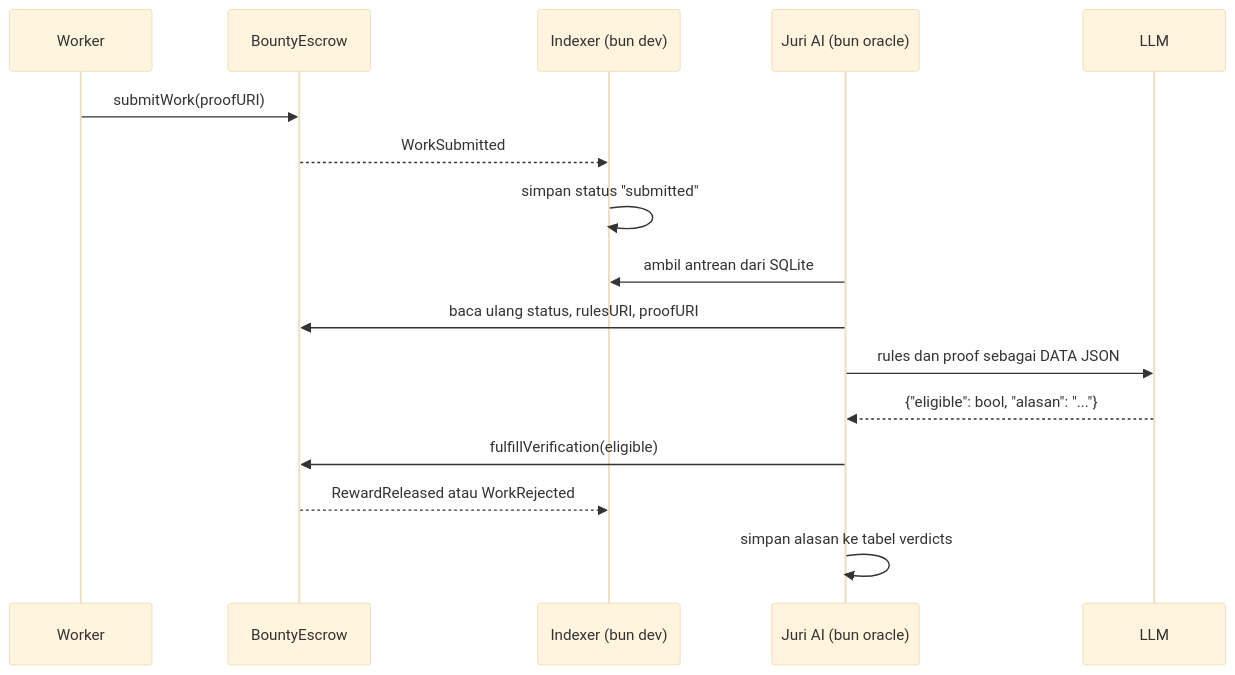
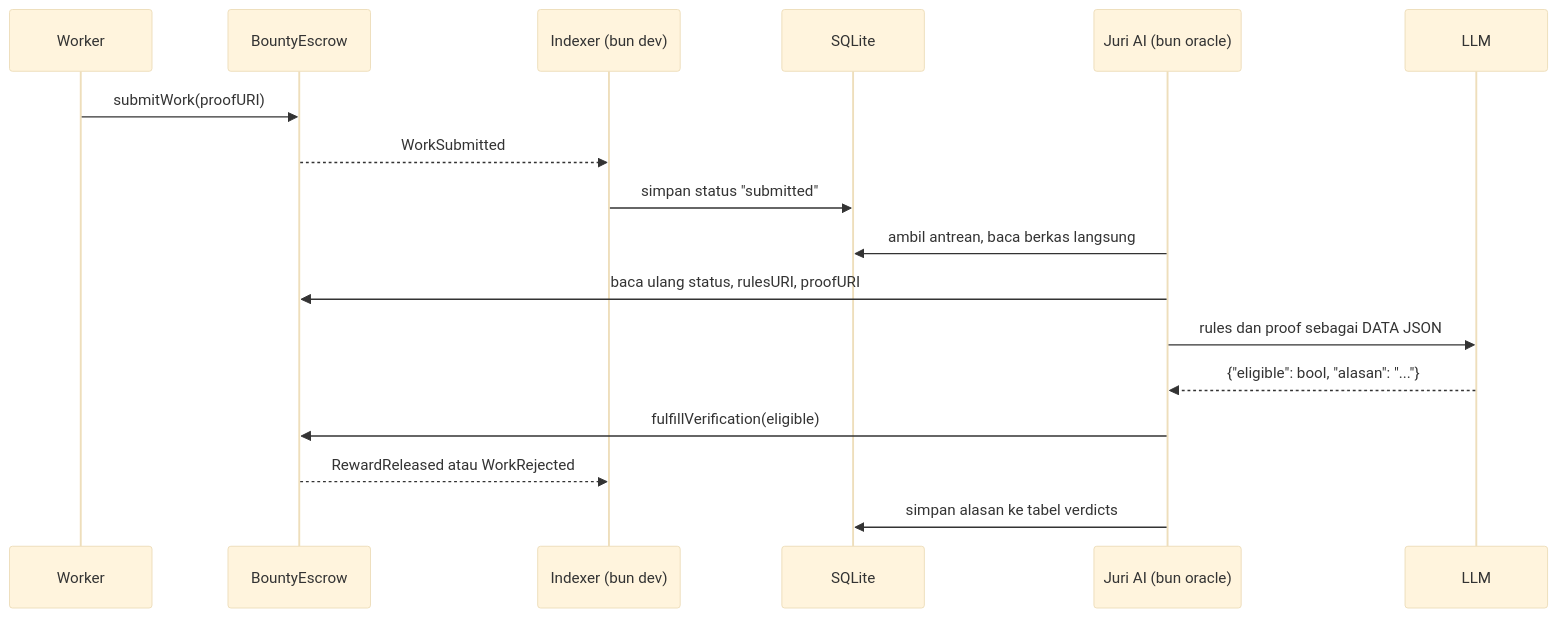
Before and after one commit to GifariKemal/reward-token: the second of 2 diagrams in README.md, drawn with Mermaid (base theme). The commit also changed other lines of this file and 11 other files, not shown here.

````diff
--- a/README.md
+++ b/README.md
@@ -166,19 +173,20 @@
 ```mermaid
 sequenceDiagram
     participant W as Worker
     participant E as BountyEscrow
     participant I as Indexer (bun dev)
+    participant D as SQLite
     participant J as Juri AI (bun oracle)
     participant L as LLM
 
     W->>E: submitWork(proofURI)
     E-->>I: WorkSubmitted
-    I->>I: simpan status "submitted"
-    J->>I: ambil antrean dari SQLite
+    I->>D: simpan status "submitted"
+    J->>D: ambil antrean, baca berkas langsung
     J->>E: baca ulang status, rulesURI, proofURI
     J->>L: rules dan proof sebagai DATA JSON
     L-->>J: {"eligible": bool, "alasan": "..."}
     J->>E: fulfillVerification(eligible)
     E-->>I: RewardReleased atau WorkRejected
-    J->>J: simpan alasan ke tabel verdicts
+    J->>D: simpan alasan ke tabel verdicts
 ```
````
